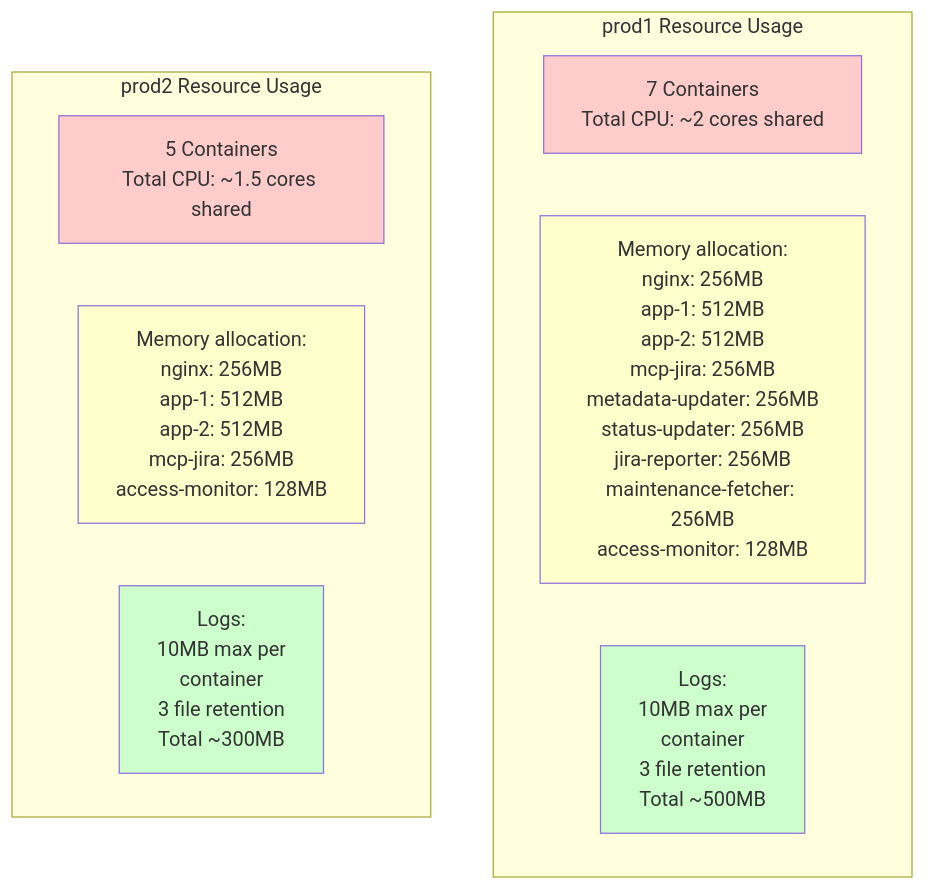
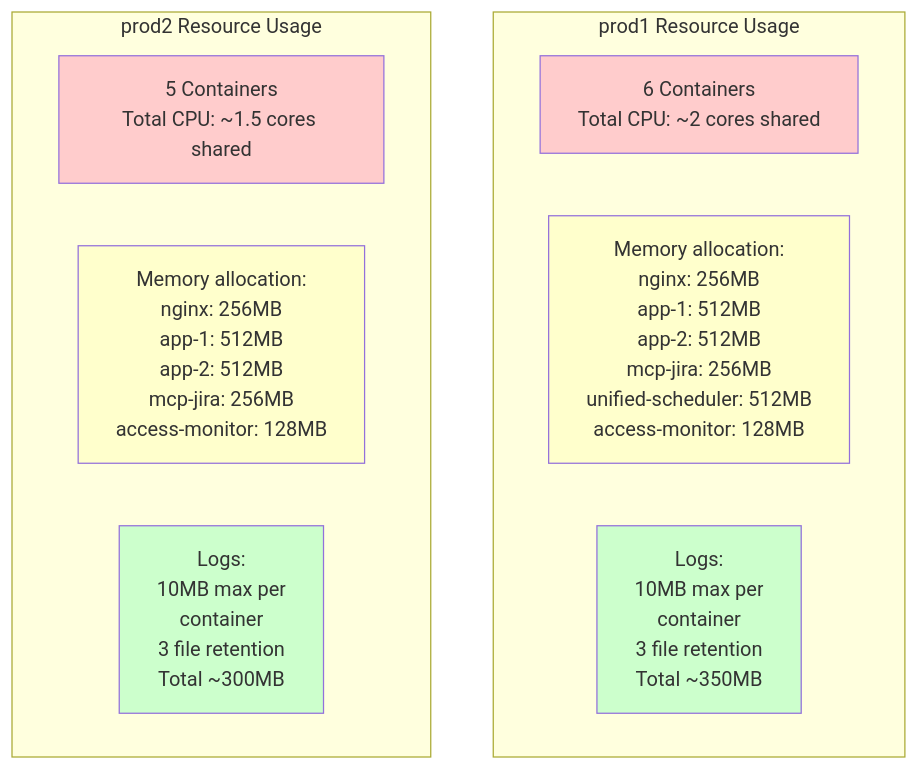
Before and after one commit to blueman82/mcp-exec: the fifth of 5 diagrams in projects/ketchup/docs/diagrams/5-container-topology.md, drawn with Mermaid. The commit also changed other lines of this file and 6 other files, not shown here.

First line of the commit message:
docs: Update documentation for Phase 1 Unified Scheduler Consolidation

````diff
--- a/projects/ketchup/docs/diagrams/5-container-topology.md
+++ b/projects/ketchup/docs/diagrams/5-container-topology.md
@@ -243,21 +219,21 @@
 ```mermaid
 graph TB
     subgraph "prod1 Resource Usage"
-        CPU1["7 Containers<br/>Total CPU: ~2 cores shared"]
-        Memory1["Memory allocation:<br/>nginx: 256MB<br/>app-1: 512MB<br/>app-2: 512MB<br/>mcp-jira: 256MB<br/>metadata-updater: 256MB<br/>status-updater: 256MB<br/>jira-reporter: 256MB<br/>maintenance-fetcher: 256MB<br/>access-monitor: 128MB"]
-        Storage1["Logs:<br/>10MB max per<br/>container<br/>3 file retention<br/>Total ~500MB"]
+        CPU1["6 Containers<br/>Total CPU: ~2 cores shared"]
+        Memory1["Memory allocation:<br/>nginx: 256MB<br/>app-1: 512MB<br/>app-2: 512MB<br/>mcp-jira: 256MB<br/>unified-scheduler: 512MB<br/>access-monitor: 128MB"]
+        Storage1["Logs:<br/>10MB max per<br/>container<br/>3 file retention<br/>Total ~350MB"]
     end
 
     subgraph "prod2 Resource Usage"
         CPU2["5 Containers<br/>Total CPU: ~1.5 cores shared"]
         Memory2["Memory allocation:<br/>nginx: 256MB<br/>app-1: 512MB<br/>app-2: 512MB<br/>mcp-jira: 256MB<br/>access-monitor: 128MB"]
         Storage2["Logs:<br/>10MB max per<br/>container<br/>3 file retention<br/>Total ~300MB"]
     end
 
     style CPU1 fill:#ffcccc
     style Memory1 fill:#ffffcc
     style Storage1 fill:#ccffcc
     style CPU2 fill:#ffcccc
     style Memory2 fill:#ffffcc
     style Storage2 fill:#ccffcc
 ```
````
